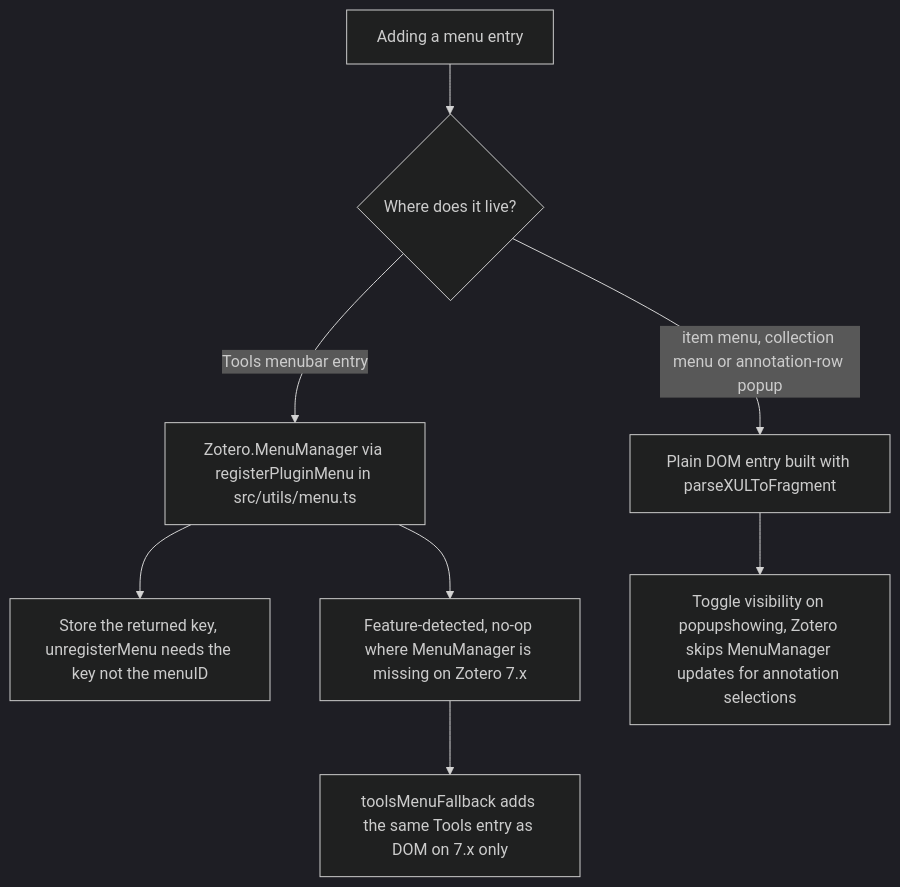
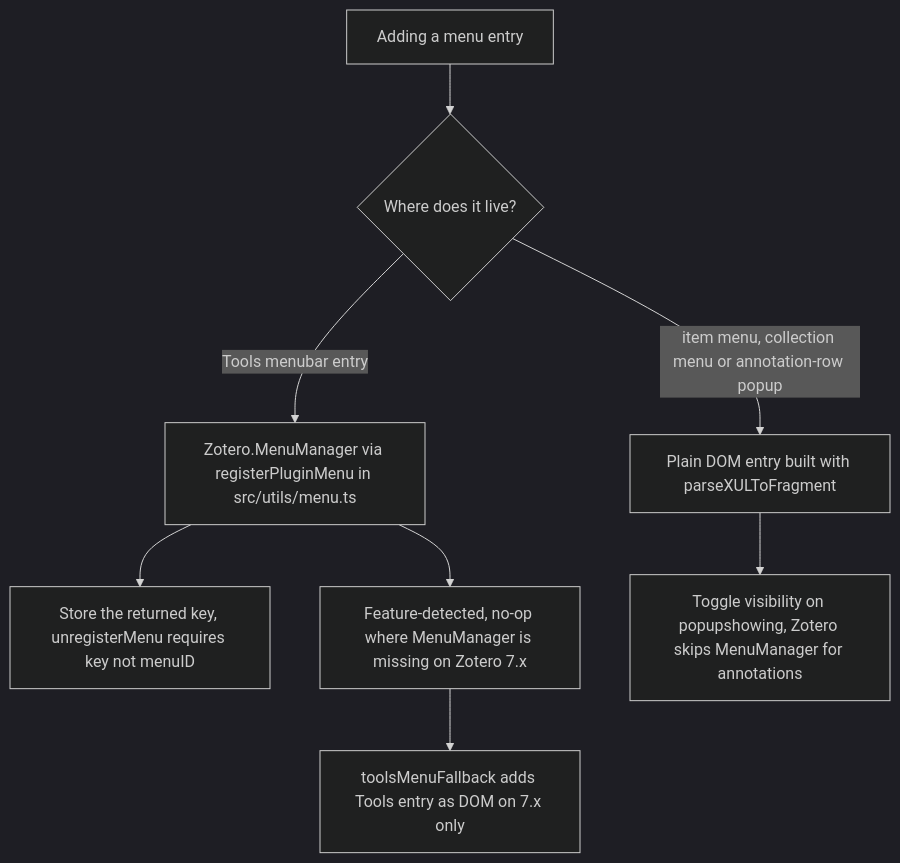
The second of 2 diagrams in openwiki/conventions.md (justanotherjurastudent/zotero_FlexAnnotate), drawn with Mermaid (dark theme) before and after one commit. The commit also changed other lines of this file and 38 other files, not shown here.

````diff
--- a/openwiki/conventions.md
+++ b/openwiki/conventions.md
@@ -184,10 +178,10 @@
 ```mermaid
 flowchart TD
     NEW["Adding a menu entry"] --> WHERE{"Where does it live?"}
     WHERE -->|"Tools menubar entry"| MM["Zotero.MenuManager via registerPluginMenu in src/utils/menu.ts"]
     WHERE -->|"item menu, collection menu or annotation-row popup"| DOME["Plain DOM entry built with parseXULToFragment"]
-    MM --> KEY["Store the returned key, unregisterMenu needs the key not the menuID"]
+    MM --> KEY["Store the returned key, unregisterMenu requires key not menuID"]
     MM --> DETECT["Feature-detected, no-op where MenuManager is missing on Zotero 7.x"]
-    DOME --> VIS["Toggle visibility on popupshowing, Zotero skips MenuManager updates for annotation selections"]
-    DETECT --> FALLBACK["toolsMenuFallback adds the same Tools entry as DOM on 7.x only"]
+    DOME --> VIS["Toggle visibility on popupshowing, Zotero skips MenuManager for annotations"]
+    DETECT --> FALLBACK["toolsMenuFallback adds Tools entry as DOM on 7.x only"]
 ```
````
